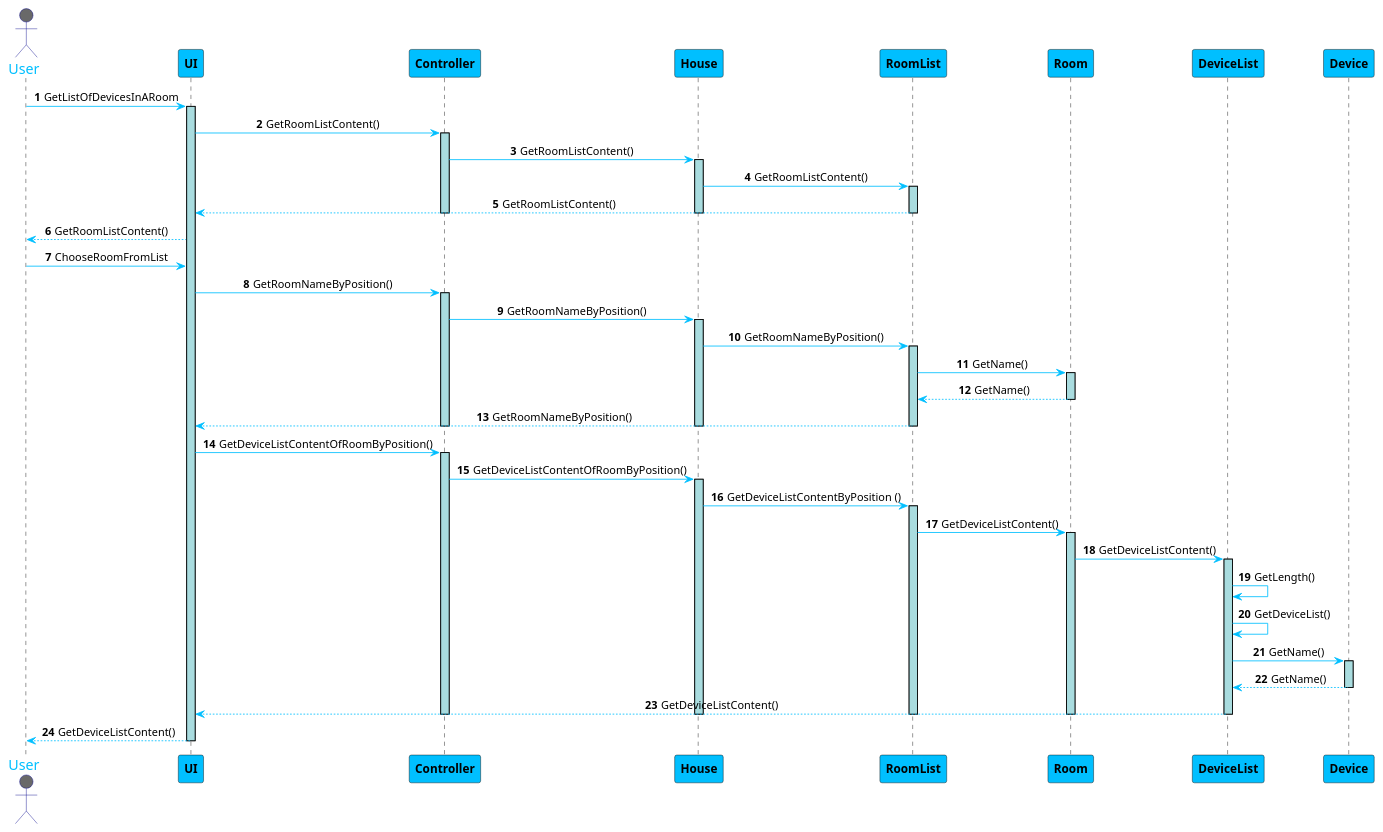
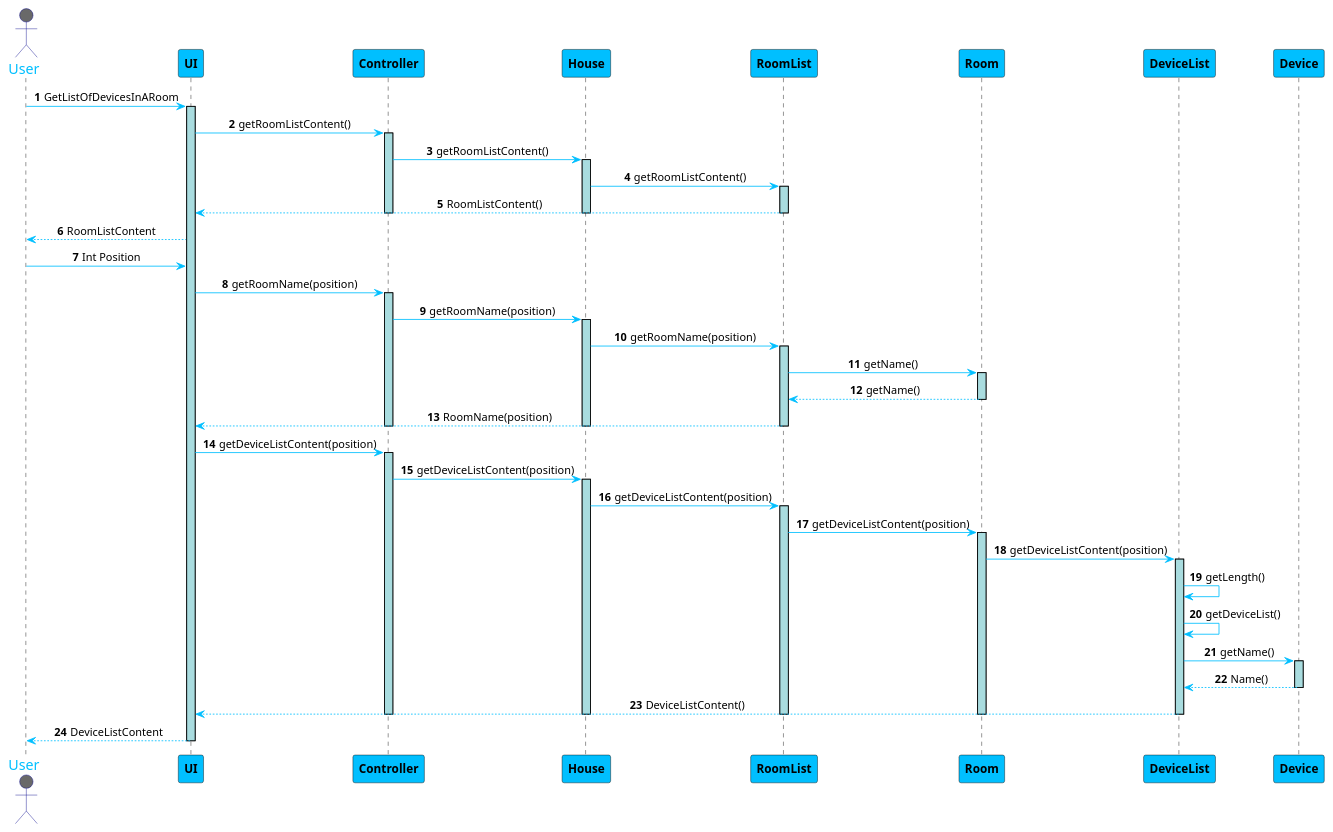
Before and after one commit to 1181687/hateoasToy: the diagram in src/Docs/GetListOfDevicesRoom.puml, drawn with PlantUML. The commit also changed 1 other file, not shown here.

Commit message:
Sequence Diagrams

```diff
--- a/src/Docs/GetListOfDevicesRoom.puml
+++ b/src/Docs/GetListOfDevicesRoom.puml
@@ -1,77 +1,77 @@
 @startuml
 skinparam sequenceMessageAlign center
 skinparam sequence {
 	ArrowColor DeepSkyBlue
 	ActorBorderColor DarkBlue
 	LifeLineBorderColor black
 	LifeLineBackgroundColor #A9DCDF
 
 	ParticipantBorderColor Black
 	ParticipantBackgroundColor DeepSkyBlue
 	ParticipantFontStyle Bold
 
 	ActorBackgroundColor DimGrey
 	ActorFontColor DeepSkyBlue
 	ActorFontSize 17
 	ActorFontName Aapex
 }
 
 autonumber
 actor User
 User -> UI: GetListOfDevicesInARoom
 activate UI
 
-UI -> Controller: GetRoomListContent()
+UI -> Controller: getRoomListContent()
 activate Controller
-Controller -> House: GetRoomListContent()
+Controller -> House: getRoomListContent()
 activate House
-House -> RoomList: GetRoomListContent()
+House -> RoomList: getRoomListContent()
 activate RoomList
-UI <-- RoomList: GetRoomListContent()
+UI <-- RoomList: RoomListContent()
 deactivate RoomList
 deactivate House
 deactivate Controller
-User <-- UI: GetRoomListContent()
+User <-- UI: RoomListContent
 
 
 
-User -> UI: ChooseRoomFromList
-UI -> Controller: GetRoomNameByPosition()
+User -> UI: Int Position
+UI -> Controller: getRoomName(position)
 activate Controller
-Controller -> House: GetRoomNameByPosition()
+Controller -> House: getRoomName(position)
 activate House
-House -> RoomList: GetRoomNameByPosition()
+House -> RoomList: getRoomName(position)
 activate RoomList
-RoomList -> Room: GetName()
+RoomList -> Room: getName()
 activate Room
-RoomList <-- Room: GetName()
+RoomList <-- Room: getName()
 deactivate Room
-UI <-- RoomList: GetRoomNameByPosition()
+UI <-- RoomList: RoomName(position)
 deactivate RoomList
 deactivate House
 deactivate Controller
-UI -> Controller: GetDeviceListContentOfRoomByPosition()
+UI -> Controller: getDeviceListContent(position)
 activate Controller
-Controller -> House: GetDeviceListContentOfRoomByPosition()
+Controller -> House: getDeviceListContent(position)
 activate House
-House -> RoomList: GetDeviceListContentByPosition ()
+House -> RoomList: getDeviceListContent(position)
 activate RoomList
-RoomList -> Room: GetDeviceListContent()
+RoomList -> Room: getDeviceListContent(position)
 activate Room
-Room -> DeviceList: GetDeviceListContent()
+Room -> DeviceList: getDeviceListContent(position)
 activate DeviceList
-DeviceList -> DeviceList: GetLength()
-DeviceList -> DeviceList: GetDeviceList()
-DeviceList -> Device: GetName()
+DeviceList -> DeviceList: getLength()
+DeviceList -> DeviceList: getDeviceList()
+DeviceList -> Device: getName()
 activate Device
-DeviceList <-- Device: GetName()
+DeviceList <-- Device: Name()
 deactivate Device
-UI <-- DeviceList: GetDeviceListContent()
+UI <-- DeviceList: DeviceListContent()
 deactivate DeviceList
 deactivate Room
 deactivate RoomList
 deactivate House
 deactivate Controller
-User <-- UI: GetDeviceListContent()
+User <-- UI: DeviceListContent
 deactivate UI
 @enduml
```
